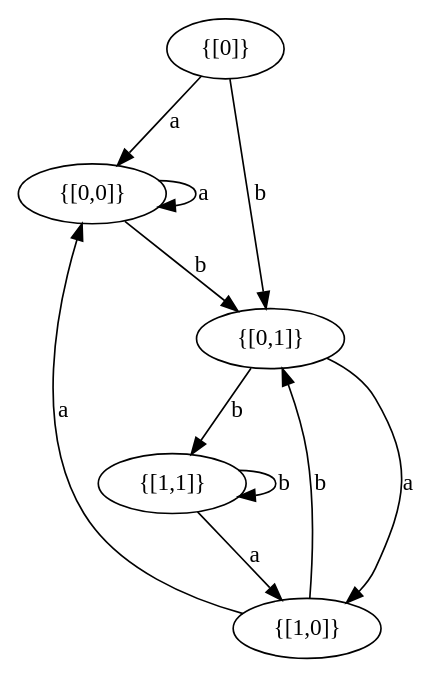
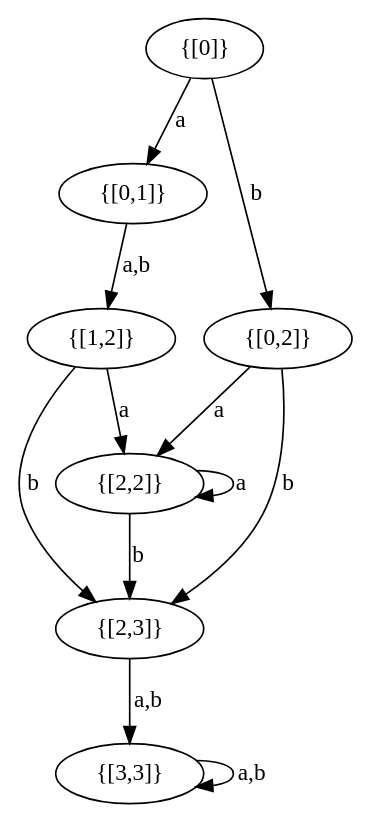
The diagram in Source/CoreTest/src/ca/uqac/lif/ecp/atomic/data/test2-ssh-2.dot (liflab/sealtest), drawn with Graphviz before and after one commit. The commit also changed 2 other files, not shown here.

```diff
--- a/Source/CoreTest/src/ca/uqac/lif/ecp/atomic/data/test2-ssh-2.dot
+++ b/Source/CoreTest/src/ca/uqac/lif/ecp/atomic/data/test2-ssh-2.dot
@@ -1,18 +1,21 @@
 # State shallow history of depth 2 for test2.dot
 digraph G {
- 0 -> 1 [label="a"];
- 0 -> 2 [label="b"];
- 1 -> 1 [label="a"];
- 1 -> 2 [label="b"];
- 2 -> 3 [label="a"];
- 2 -> 4 [label="b"];
- 3 -> 1 [label="a"];
- 3 -> 2 [label="b"];
- 4 -> 3 [label="a"];
- 4 -> 4 [label="b"];
- 0 [label="{[0]}"];
- 1 [label="{[0,0]}"];
+ 1 -> 2 [label="a"];
+ 1 -> 4 [label="b"];
+ 2 -> 3 [label="a,b"];
+ 3 -> 5 [label="a"];
+ 3 -> 6 [label="b"];
+ 4 -> 5 [label="a"];
+ 4 -> 6 [label="b"];
+ 5 -> 5 [label="a"];
+ 5 -> 6 [label="b"];
+ 6 -> 7 [label="a,b"];
+ 7 -> 7 [label="a,b"];
+ 1 [label="{[0]}"];
  2 [label="{[0,1]}"];
- 3 [label="{[1,0]}"];
- 4 [label="{[1,1]}"];
+ 3 [label="{[1,2]}"];
+ 4 [label="{[0,2]}"];
+ 5 [label="{[2,2]}"];
+ 6 [label="{[2,3]}"];
+ 7 [label="{[3,3]}"];
 }
```
